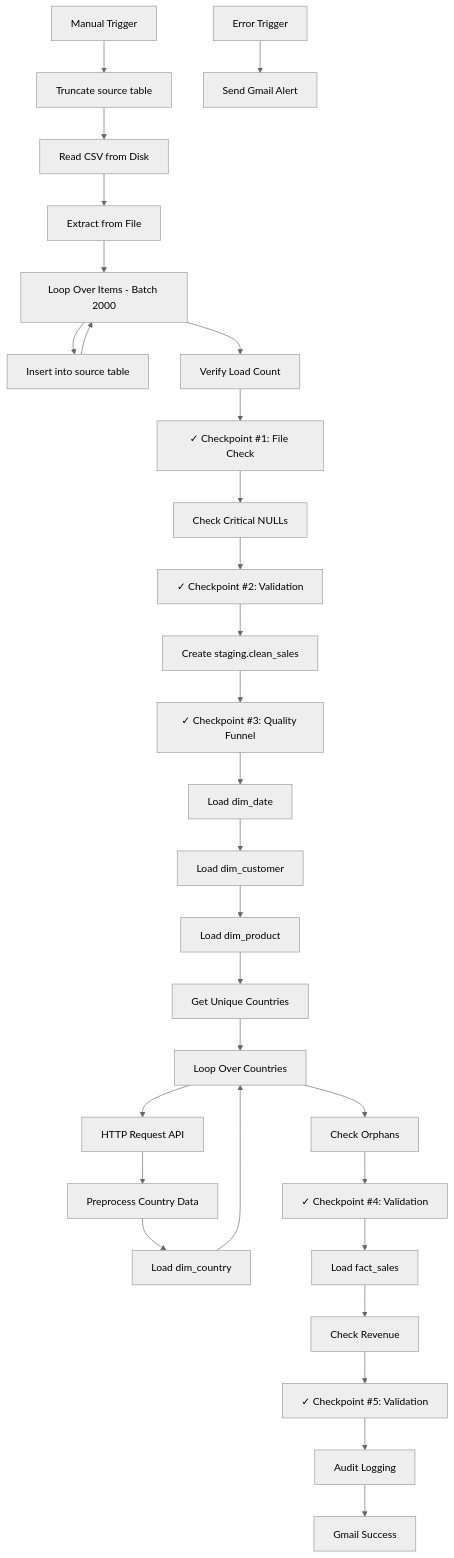
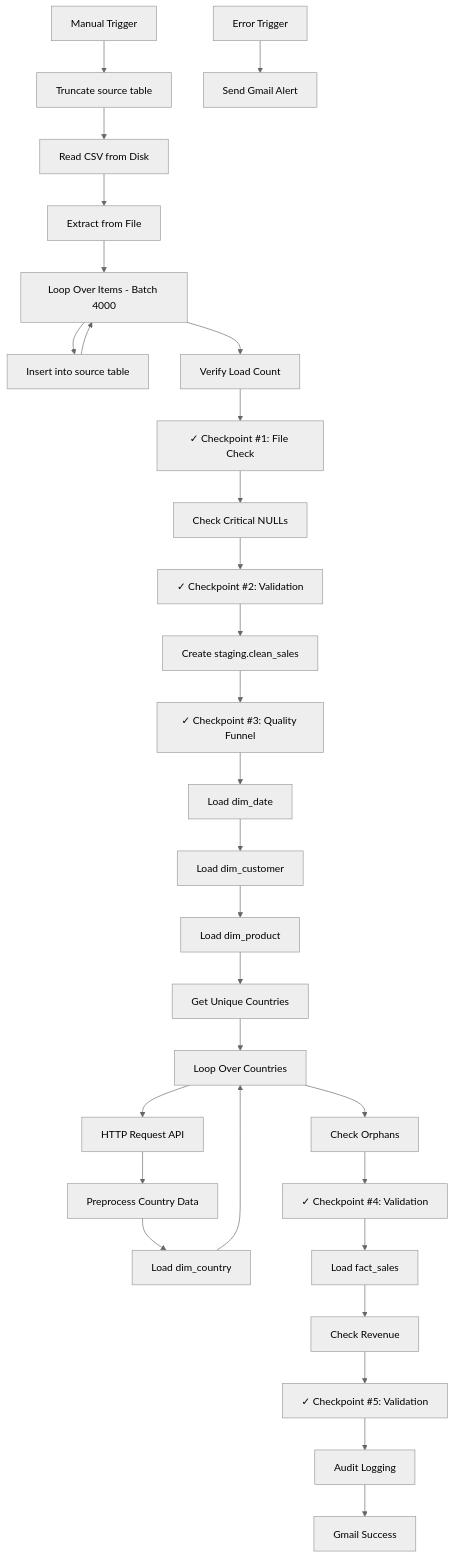
One commit to kadusic1/BI-Project changed the diagram in docs/03_elt_pipeline.md. Above: the diagram before and after it, drawn with Mermaid (neutral theme). The commit also changed other lines of this file and 1 other file, not shown here.

````diff
--- a/docs/03_elt_pipeline.md
+++ b/docs/03_elt_pipeline.md
@@ -10,33 +10,33 @@
 ```mermaid
 graph TD
     A[Manual Trigger] --> B[Truncate source table]
     B --> C[Read CSV from Disk]
     C --> D[Extract from File]
-    D --> E[Loop Over Items - Batch 2000]
+    D --> E[Loop Over Items - Batch 4000]
     E --> F[Insert into source table]
     F --> E
     E --> G[Verify Load Count]
     G --> H[✓ Checkpoint #1: File Check]
     H --> I[Check Critical NULLs]
     I --> J[✓ Checkpoint #2: Validation]
     J --> K[Create staging.clean_sales]
     K --> L[✓ Checkpoint #3: Quality Funnel]
     L --> M[Load dim_date]
     M --> N[Load dim_customer]
     N --> O[Load dim_product]
     O --> OA[Get Unique Countries]
     OA --> OB[Loop Over Countries]
     OB --> OC[HTTP Request API]
     OC --> OD[Preprocess Country Data]
     OD --> OE[Load dim_country]
     OE --> OB
     OB --> P[Check Orphans]
     P --> Q[✓ Checkpoint #4: Validation]
     Q --> R[Load fact_sales]
     R --> S[Check Revenue]
     S --> T[✓ Checkpoint #5: Validation]
     T --> U[Audit Logging]
     U --> V[Gmail Success]
     
     ERROR[Error Trigger] --> FAIL[Send Gmail Alert]
 ```
````
